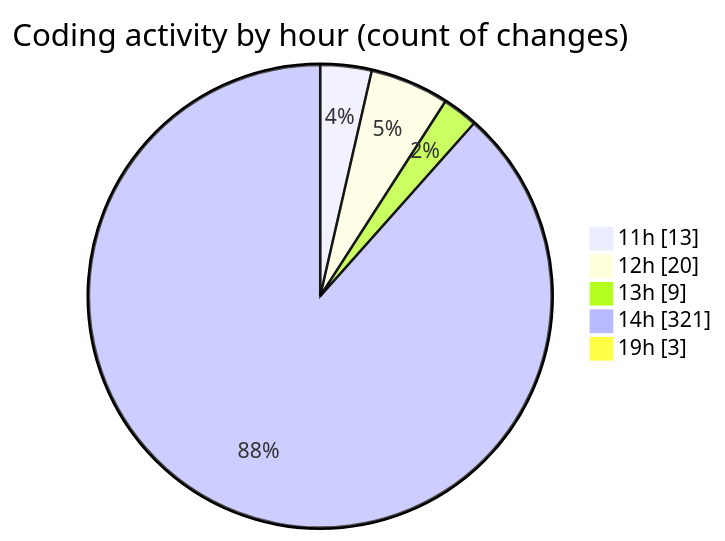
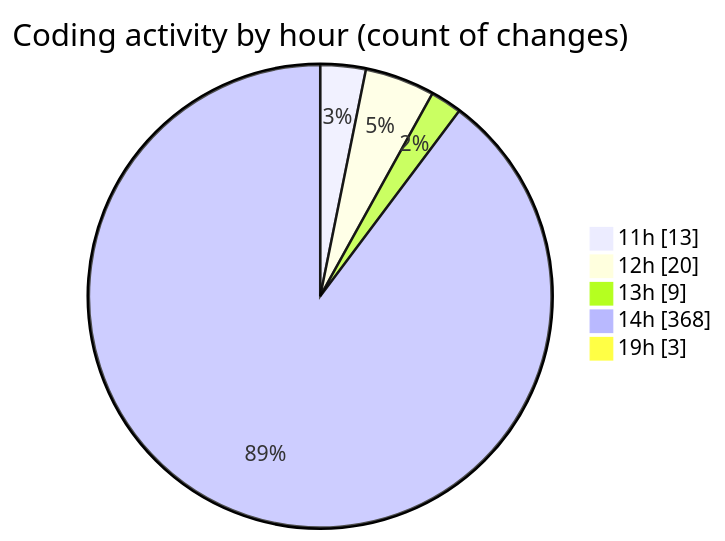
One commit to nxtqubesakshisongat/code-tracking changed the second of 2 diagrams in 2025-12-14/nxtqube_webapp/README.md. Above: the diagram before and after it, drawn with Mermaid. The commit also changed other lines of this file and 1 other file, not shown here.

````diff
--- a/2025-12-14/nxtqube_webapp/README.md
+++ b/2025-12-14/nxtqube_webapp/README.md
@@ -35,9 +35,9 @@
 ```mermaid
 pie showData
 title Coding activity by hour (count of changes)
 "11h" : 13
 "12h" : 20
 "13h" : 9
-"14h" : 321
+"14h" : 368
 "19h" : 3
 ```
````
